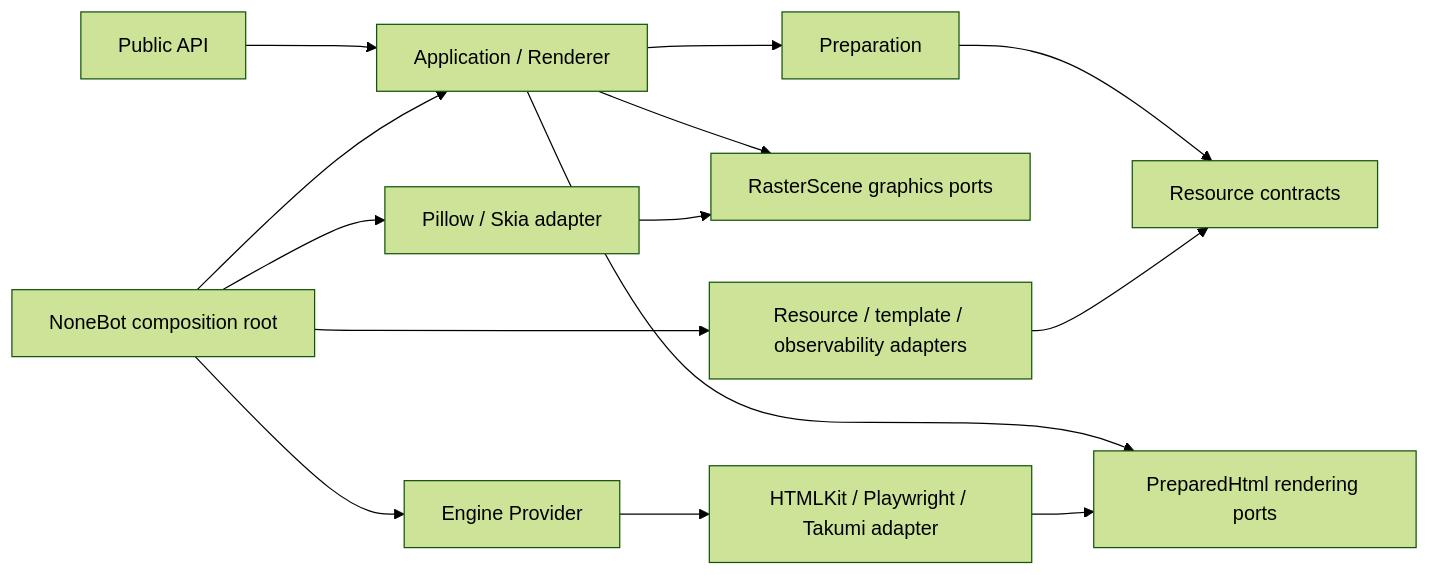
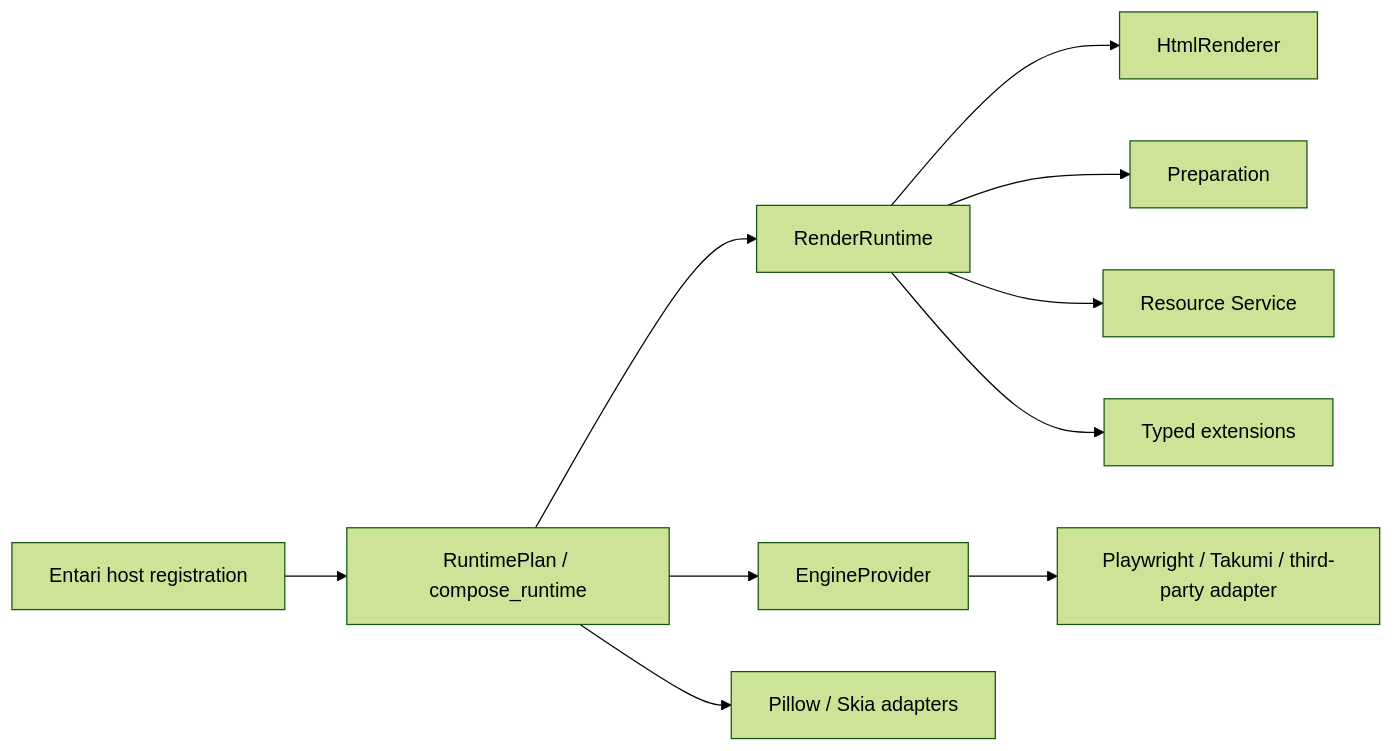
One commit to entanex/entari-plugin-htmlrender changed the diagram in docs/extensions/architecture.md. Above: the diagram before and after it, drawn with Mermaid (forest theme). The commit also changed other lines of this file and 421 other files, not shown here.

````diff
--- a/docs/extensions/architecture.md
+++ b/docs/extensions/architecture.md
@@ -11,16 +8,12 @@
 ```mermaid
 flowchart LR
-    API["Public API"] --> APP["Application / Renderer"]
-    APP --> PREP["Preparation"]
-    APP --> PORTS["PreparedHtml rendering ports"]
-    APP --> GPORTS["RasterScene graphics ports"]
-    PREP --> RES["Resource contracts"]
-    BOOT["NoneBot composition root"] --> APP
-    BOOT --> PROVIDER["Engine Provider"]
-    PROVIDER --> HADAPTER["HTMLKit / Playwright / Takumi adapter"]
-    HADAPTER --> PORTS
-    BOOT --> GADAPTER["Pillow / Skia adapter"]
-    GADAPTER --> GPORTS
-    BOOT --> RADAPTER["Resource / template / observability adapters"]
-    RADAPTER --> RES
+    HOST["Entari host registration"] --> PLAN["RuntimePlan / compose_runtime"]
+    PLAN --> RUNTIME["RenderRuntime"]
+    RUNTIME --> RENDERER["HtmlRenderer"]
+    RUNTIME --> PREP["Preparation"]
+    RUNTIME --> RES["Resource Service"]
+    RUNTIME --> EXT["Typed extensions"]
+    PLAN --> PROVIDER["EngineProvider"]
+    PROVIDER --> ADAPTER["Playwright / Takumi / third-party adapter"]
+    PLAN --> GRAPHICS["Pillow / Skia adapters"]
 ```
````
